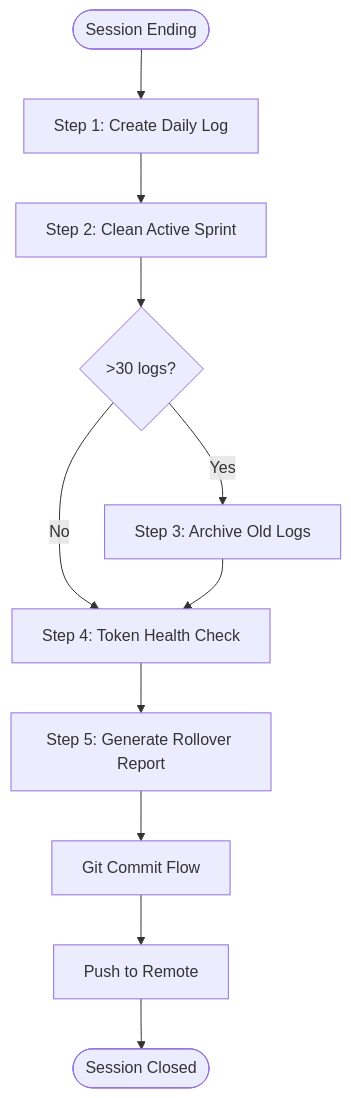
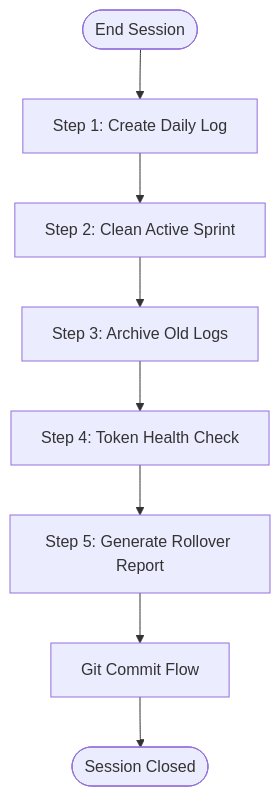
Before and after one commit to yashwant-das/smart-playwright-agent-protocol: the diagram in .ai/1_CONTEXT/workflow/06_night_watchman.md, drawn with Mermaid. The commit also changed other lines of this file and 7 other files, not shown here.

Commit message:
feat: Refine Cartographer workflow with detailed tasks, update Git Commit integration, and introduce a universal daily workflow.

````diff
--- a/.ai/1_CONTEXT/workflow/06_night_watchman.md
+++ b/.ai/1_CONTEXT/workflow/06_night_watchman.md
@@ -19,13 +19,10 @@
 ```mermaid
 flowchart TD
-    Start([Session Ending]) --> Log[Step 1: Create Daily Log]
+    Start([End Session]) --> Log[Step 1: Create Daily Log]
     Log --> Clean[Step 2: Clean Active Sprint]
-    Clean --> Archive{>30 logs?}
-    Archive -->|Yes| Arch[Step 3: Archive Old Logs]
-    Archive -->|No| Token[Step 4: Token Health Check]
-    Arch --> Token
+    Clean --> Archive[Step 3: Archive Old Logs]
+    Archive --> Token[Step 4: Token Health Check]
     Token --> Report[Step 5: Generate Rollover Report]
     Report --> Git[Git Commit Flow]
-    Git --> Push[Push to Remote]
-    Push --> Done([Session Closed])
+    Git --> Done([Session Closed])
 ```
````
